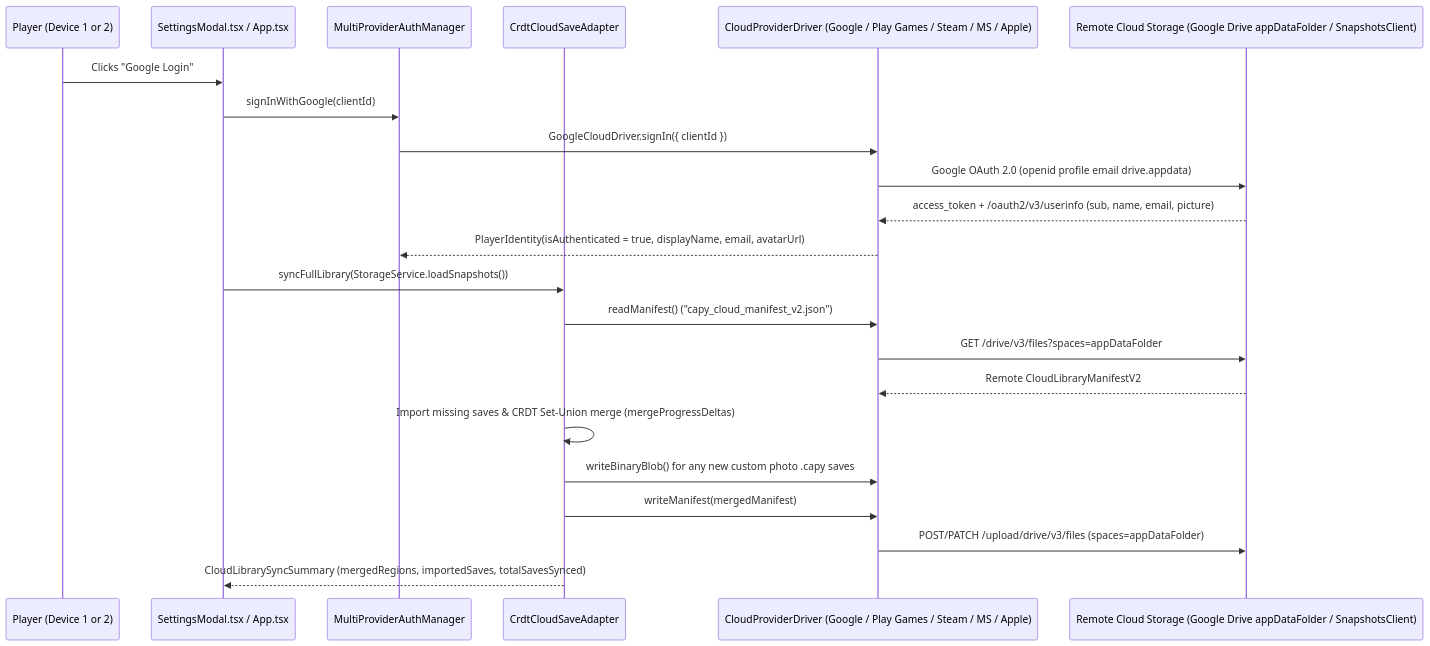
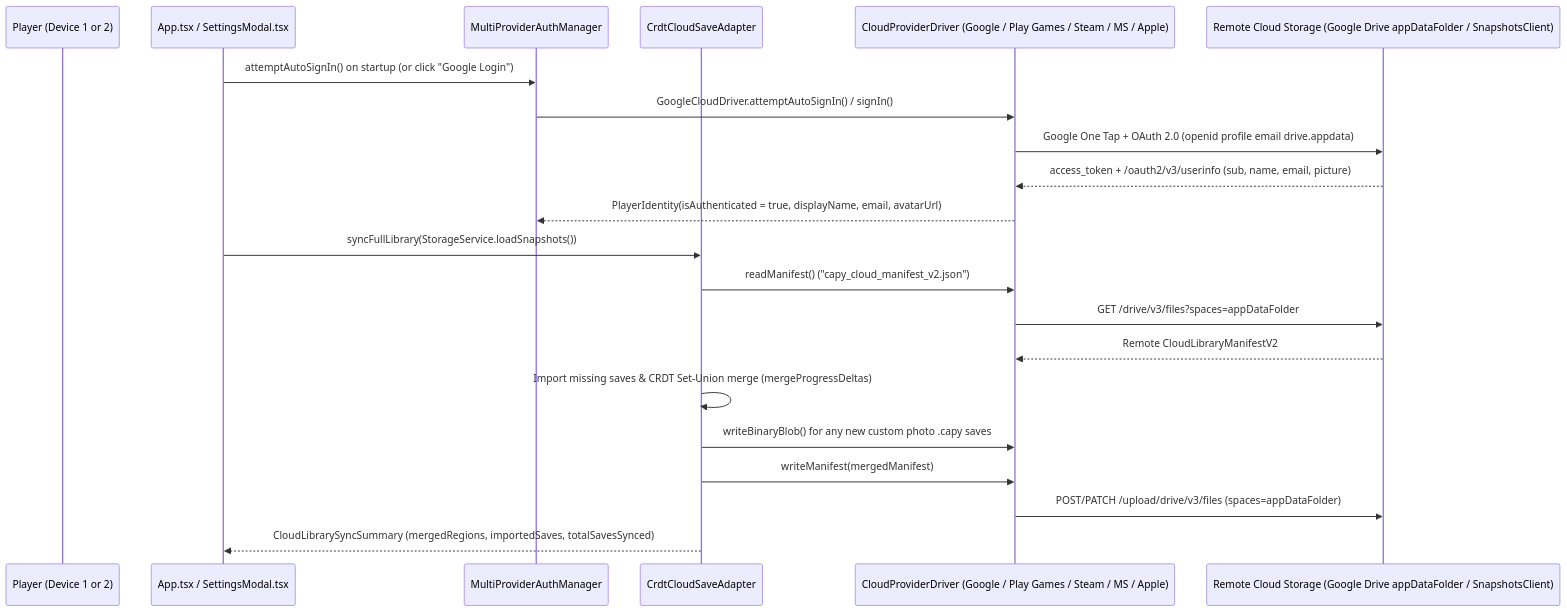
The first of 2 diagrams in CLOUD.md (shthed/capy), drawn with Mermaid before and after one commit. The commit also changed other lines of this file and 8 other files, not shown here.

Commit message:
feat(cloud): add automatic Google & Play Games startup login and remove in-app OAuth ID prompt

````diff
--- a/CLOUD.md
+++ b/CLOUD.md
@@ -59,25 +59,24 @@
 ```mermaid
 sequenceDiagram
     participant User as Player (Device 1 or 2)
-    participant UI as SettingsModal.tsx / App.tsx
+    participant UI as App.tsx / SettingsModal.tsx
     participant Auth as MultiProviderAuthManager
     participant Sync as CrdtCloudSaveAdapter
     participant Driver as CloudProviderDriver (Google / Play Games / Steam / MS / Apple)
     participant Cloud as Remote Cloud Storage (Google Drive appDataFolder / SnapshotsClient)
 
-    User->>UI: Clicks "Google Login"
-    UI->>Auth: signInWithGoogle(clientId)
-    Auth->>Driver: GoogleCloudDriver.signIn({ clientId })
-    Driver->>Cloud: Google OAuth 2.0 (openid profile email drive.appdata)
+    UI->>Auth: attemptAutoSignIn() on startup (or click "Google Login")
+    Auth->>Driver: GoogleCloudDriver.attemptAutoSignIn() / signIn()
+    Driver->>Cloud: Google One Tap + OAuth 2.0 (openid profile email drive.appdata)
     Cloud-->>Driver: access_token + /oauth2/v3/userinfo (sub, name, email, picture)
     Driver-->>Auth: PlayerIdentity(isAuthenticated = true, displayName, email, avatarUrl)
     UI->>Sync: syncFullLibrary(StorageService.loadSnapshots())
     Sync->>Driver: readManifest() ("capy_cloud_manifest_v2.json")
     Driver->>Cloud: GET /drive/v3/files?spaces=appDataFolder
     Cloud-->>Driver: Remote CloudLibraryManifestV2
     Sync->>Sync: Import missing saves & CRDT Set-Union merge (mergeProgressDeltas)
     Sync->>Driver: writeBinaryBlob() for any new custom photo .capy saves
     Sync->>Driver: writeManifest(mergedManifest)
     Driver->>Cloud: POST/PATCH /upload/drive/v3/files (spaces=appDataFolder)
     Sync-->>UI: CloudLibrarySyncSummary (mergedRegions, importedSaves, totalSavesSynced)
 ```
````
